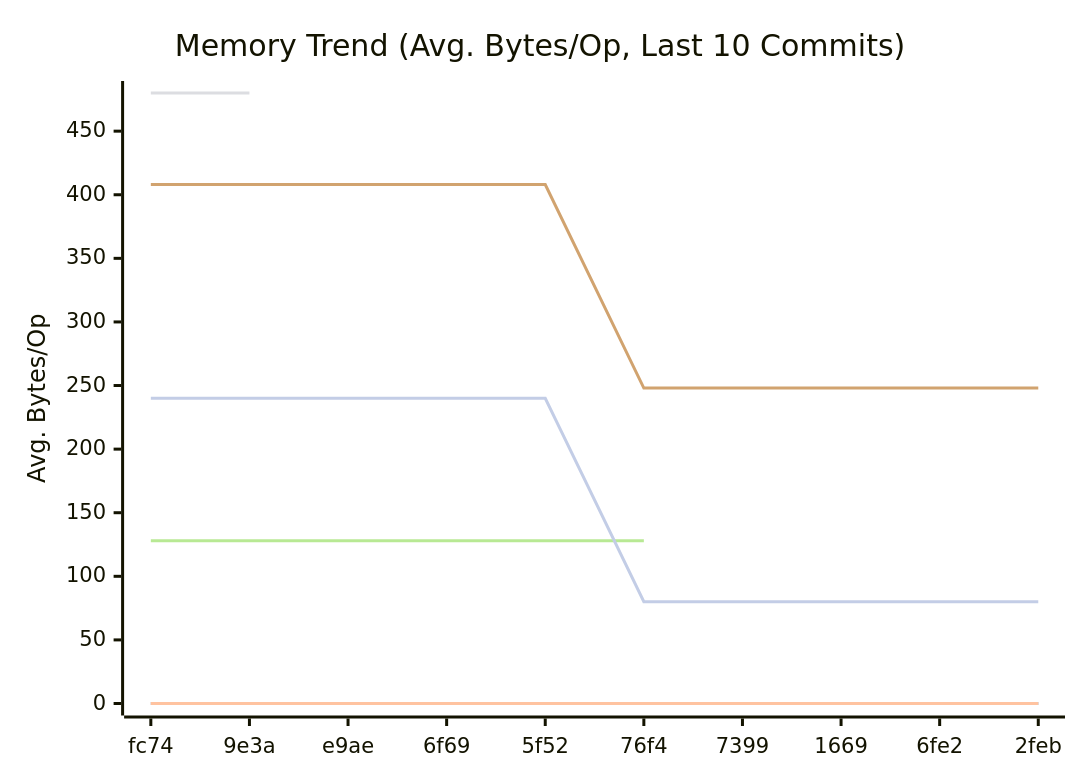
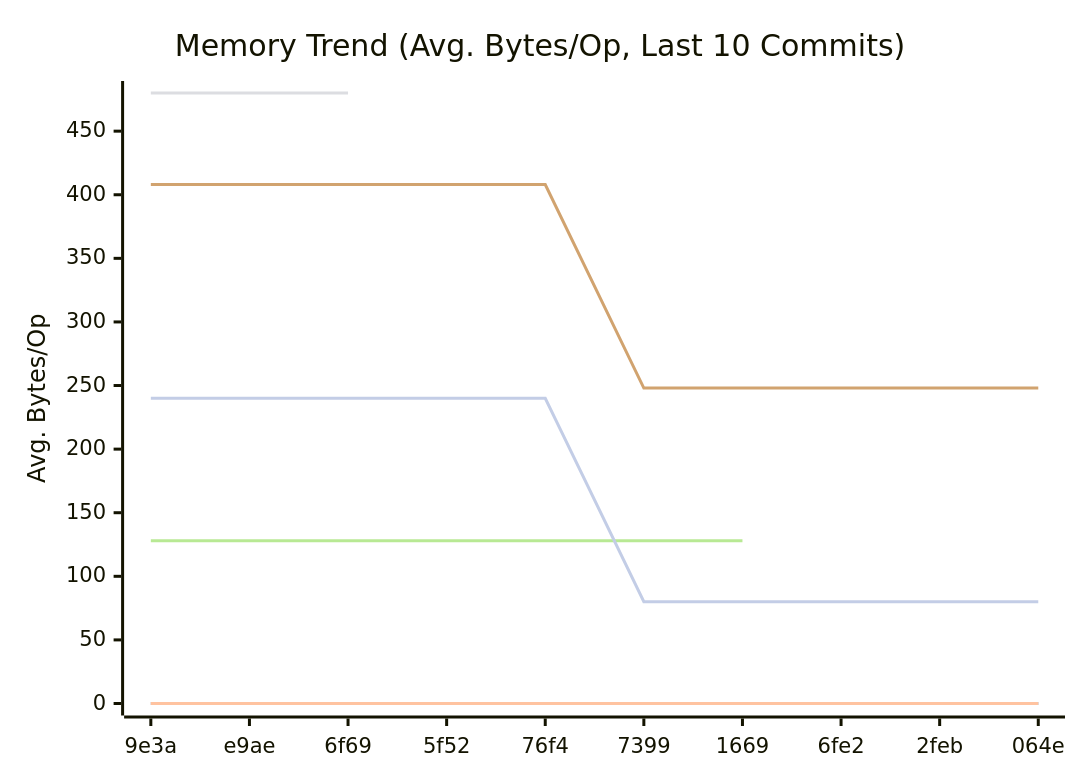
One commit to alsotoes/momo changed the second of 3 diagrams in doc/README.md. Above: the diagram before and after it, drawn with Mermaid. The commit also changed other lines of this file and 1 other file, not shown here.

````diff
--- a/doc/README.md
+++ b/doc/README.md
@@ -311,14 +311,14 @@
 ```mermaid
 xychart-beta
     title "Memory Trend (Avg. Bytes/Op, Last 10 Commits)"
     x-axis "Commit"
     y-axis "Avg. Bytes/Op"
-    x-axis [fc74,9e3a,e9ae,6f69,5f52,76f4,7399,1669,6fe2,2feb]
+    x-axis [9e3a,e9ae,6f69,5f52,76f4,7399,1669,6fe2,2feb,064e]
     line "CheckMetricsAndSwap" [0,0,0,0,0,0,0,0,0,0]
     line "IndexDirectTracking" [0,0,0,0,0,0,0,0,0,0]
     line "IndexSearch" [0,0,0,0,0,0,0,0,0,0]
-    line "LoadGlobalConfig" [480,480]
-    line "PadString" [128,128,128,128,128,128]
+    line "LoadGlobalConfig" [480,480,480]
+    line "PadString" [128,128,128,128,128,128,128]
     line "ParseReplicationOrder_NoPrealloc" [408,408,408,408,408,248,248,248,248,248]
     line "ParseReplicationOrder_Prealloc" [240,240,240,240,240,80,80,80,80,80]
 ```
````
